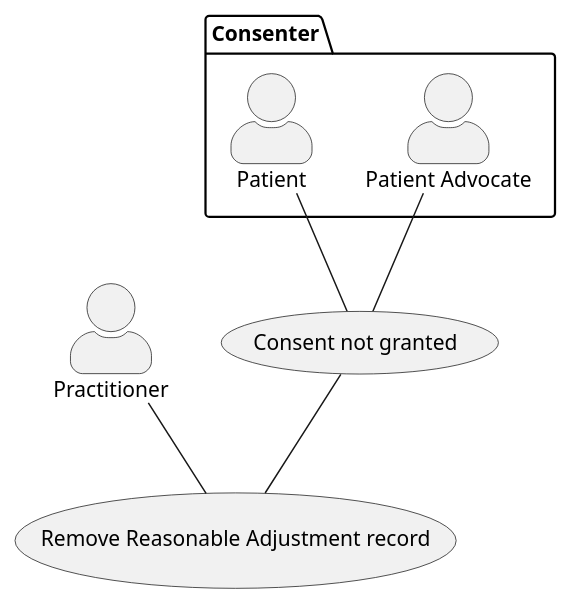
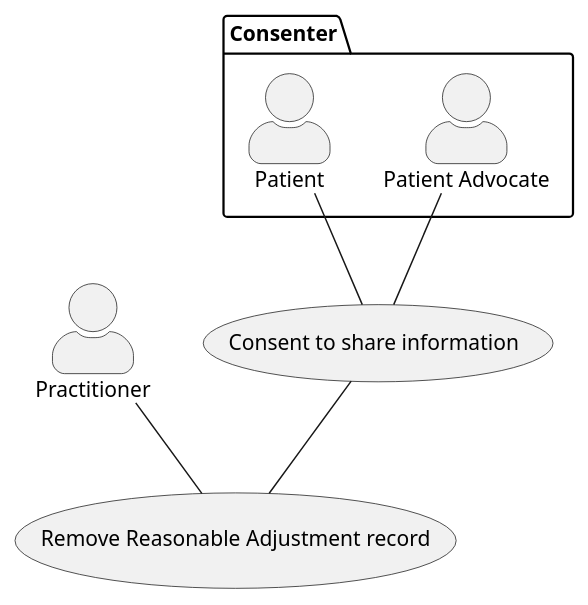
Before and after one commit to NHSDigital/ra-sandbox: the diagram in input/images-source/remove-record-usecase.plantuml, drawn with PlantUML.

```diff
--- a/input/images-source/remove-record-usecase.plantuml
+++ b/input/images-source/remove-record-usecase.plantuml
@@ -1,20 +1,20 @@
 @startuml
 
 skinparam actorStyle awesome
 
 actor Practitioner as pra
 package Consenter {
   actor "Patient Advocate" as pad
   actor Patient as pat
 }
 
-usecase  "Consent not granted" as CNG
+usecase  "Consent to share information" as CON
 usecase "Remove Reasonable Adjustment record" as RET
 
-pat -- CNG
-pad -- CNG
+pat -- CON
+pad -- CON
 pra -- RET
-CNG -- RET
+CON -- RET
 
 
 @enduml
```
